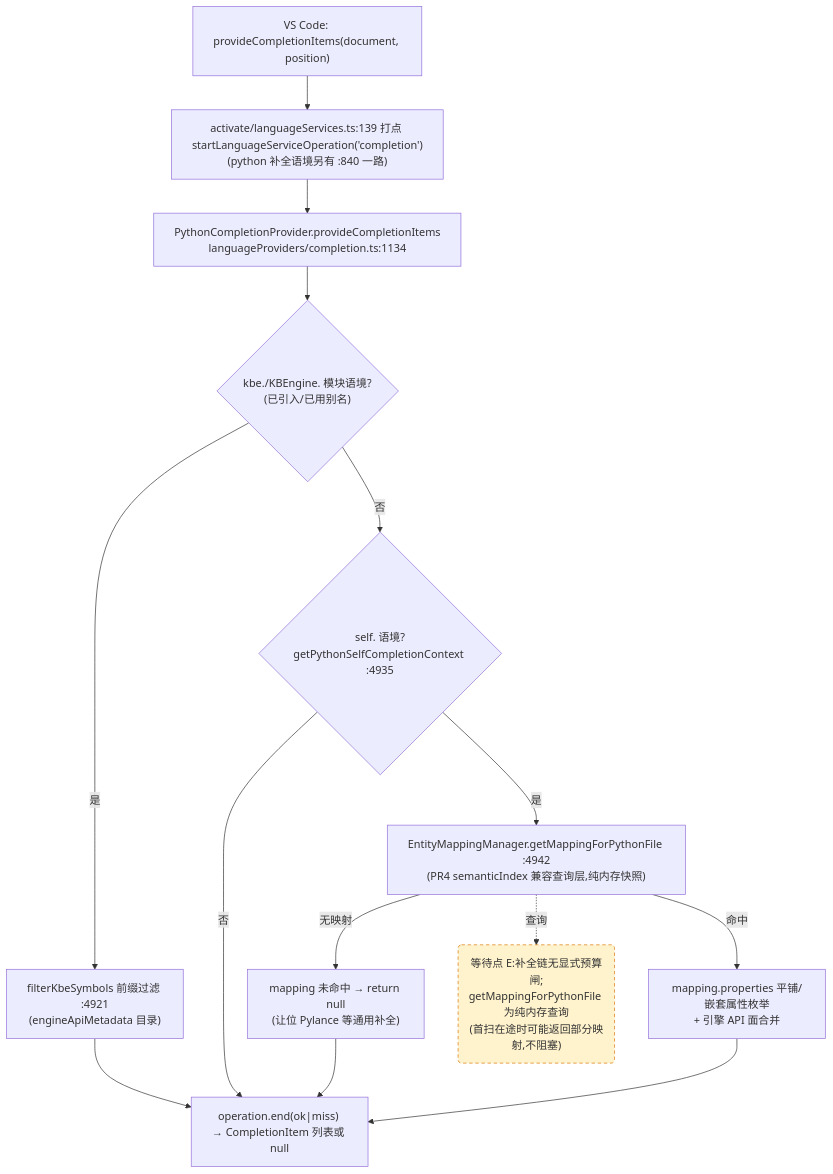
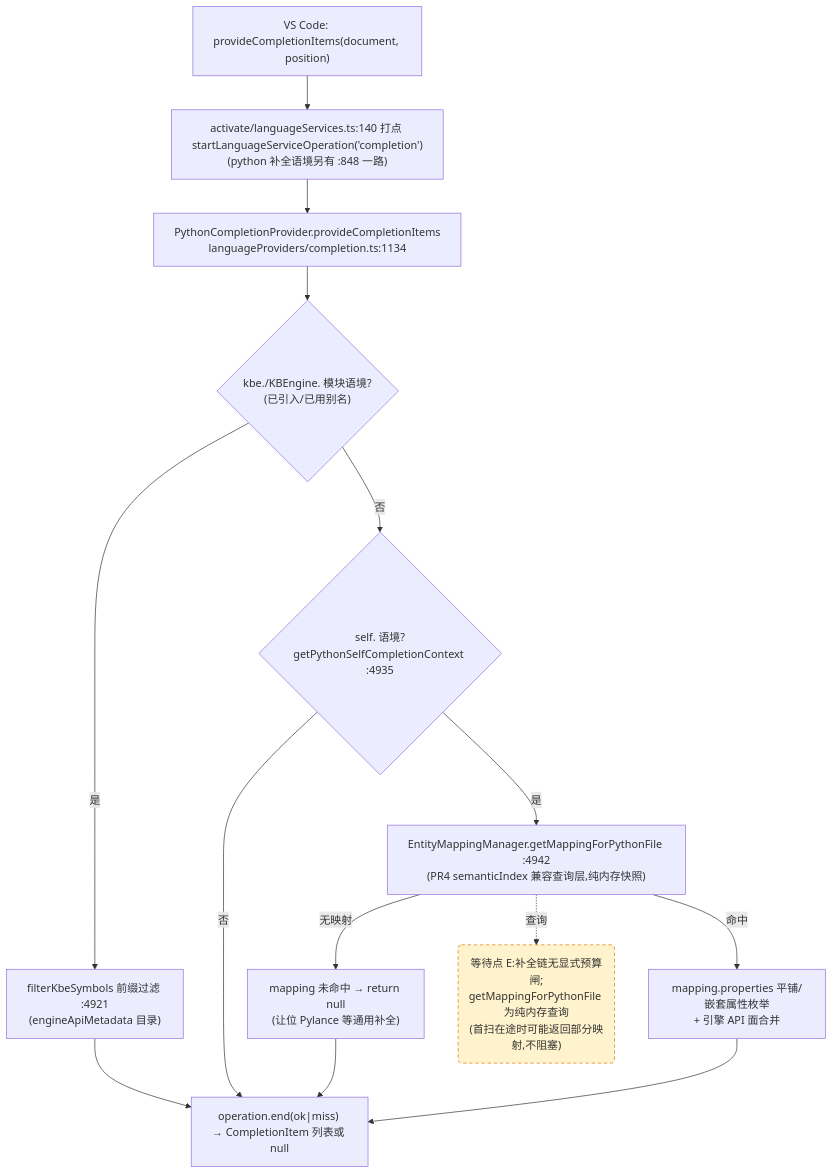
Before and after one commit to cuihairu/kode: the third of 4 diagrams in docs/perf/2026-baseline.md, drawn with Mermaid. The commit also changed other lines of this file and 6 other files, not shown here.

````diff
--- a/docs/perf/2026-baseline.md
+++ b/docs/perf/2026-baseline.md
@@ -202,27 +202,27 @@
 ```mermaid
 flowchart TD
   VC3["VS Code: provideCompletionItems(document, position)"]
-  M3["activate/languageServices.ts:139 打点 startLanguageServiceOperation('completion')<br/>(python 补全语境另有 :840 一路)"]
+  M3["activate/languageServices.ts:140 打点 startLanguageServiceOperation('completion')<br/>(python 补全语境另有 :848 一路)"]
   CP["PythonCompletionProvider.provideCompletionItems<br/>languageProviders/completion.ts:1134"]
   KBEC{"kbe./KBEngine. 模块语境?<br/>(已引入/已用别名)"}
   FILTER["filterKbeSymbols 前缀过滤 :4921<br/>(engineApiMetadata 目录)"]
   SELFC{"self. 语境?<br/>getPythonSelfCompletionContext :4935"}
   MAP["EntityMappingManager.getMappingForPythonFile :4942<br/>(PR4 semanticIndex 兼容查询层,纯内存快照)"]
   NOMAP["mapping 未命中 → return null<br/>(让位 Pylance 等通用补全)"]
   PROPS["mapping.properties 平铺/嵌套属性枚举<br/>+ 引擎 API 面合并"]
   END3["operation.end(ok|miss) → CompletionItem 列表或 null"]
 
   VC3 --> M3 --> CP --> KBEC
   KBEC -- "是" --> FILTER --> END3
   KBEC -- "否" --> SELFC
   SELFC -- "否" --> END3
   SELFC -- "是" --> MAP
   MAP -- "无映射" --> NOMAP --> END3
   MAP -- "命中" --> PROPS --> END3
 
   WAITE("等待点 E:补全链无显式预算闸;<br/>getMappingForPythonFile 为纯内存查询<br/>(首扫在途时可能返回部分映射,不阻塞)")
   MAP -.->|查询| WAITE
 
   classDef waitPoint fill:#fff3cd,stroke:#d97706,stroke-dasharray:5 4;
   class WAITE waitPoint;
 ```
````
